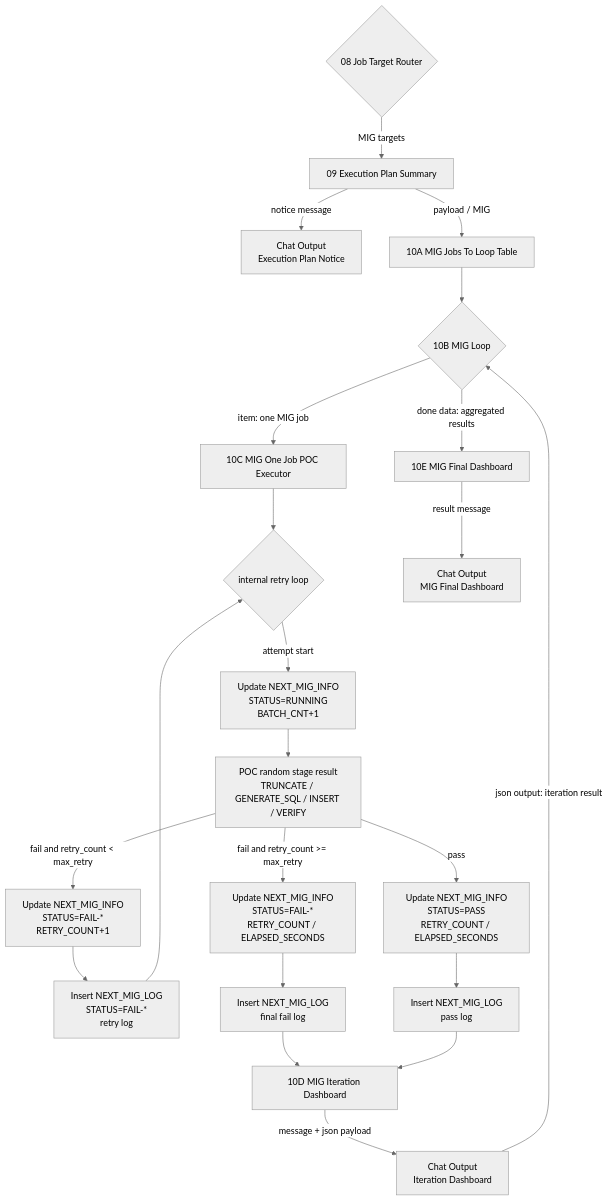
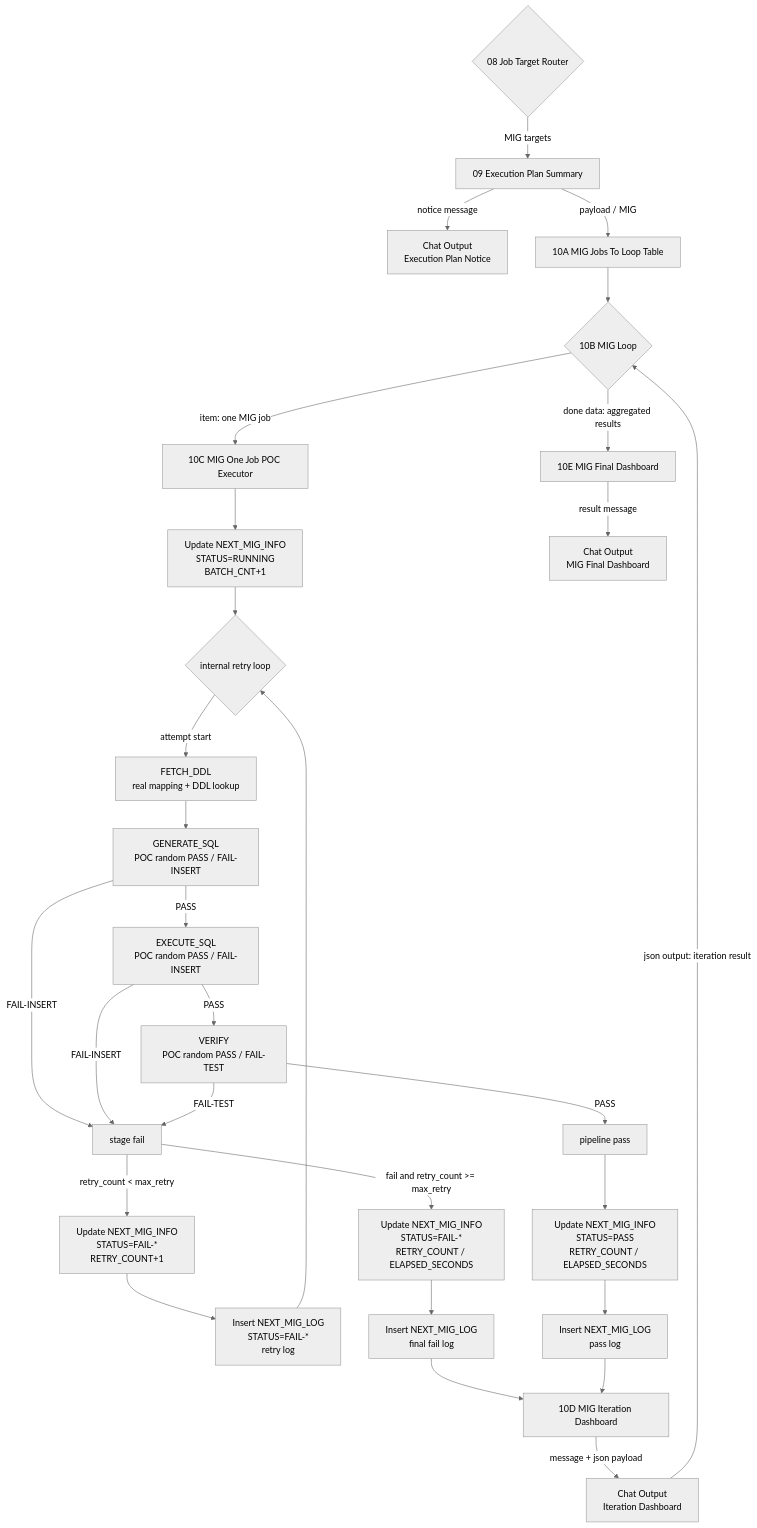
One commit to seongikjin227-jpg/refactoring_smartMigrate changed the second of 2 diagrams in langflow_260819_newType/00_architecture.md. Above: the diagram before and after it, drawn with Mermaid (neutral theme). The commit also changed other lines of this file and 4 other files, not shown here.

````diff
--- a/langflow_260819_newType/00_architecture.md
+++ b/langflow_260819_newType/00_architecture.md
@@ -149,32 +149,40 @@
 ```mermaid
 flowchart TD
     H{"08 Job Target Router"} -->|MIG targets| P["09 Execution Plan Summary"]
     P -->|notice message| OUT_NOTICE["Chat Output<br/>Execution Plan Notice"]
     P -->|payload / MIG| MT["10A MIG Jobs To Loop Table"]
 
     MT --> L{"10B MIG Loop"}
 
     L -->|item: one MIG job| W["10C MIG One Job POC Executor"]
-    W --> R{"internal retry loop"}
+    W --> U1["Update NEXT_MIG_INFO<br/>STATUS=RUNNING<br/>BATCH_CNT+1"]
+    U1 --> R{"internal retry loop"}
 
-    R -->|attempt start| U1["Update NEXT_MIG_INFO<br/>STATUS=RUNNING<br/>BATCH_CNT+1"]
-    U1 --> X["POC random stage result<br/>TRUNCATE / GENERATE_SQL / INSERT / VERIFY"]
-    X -->|fail and retry_count < max_retry| U2["Update NEXT_MIG_INFO<br/>STATUS=FAIL-*<br/>RETRY_COUNT+1"]
+    R -->|attempt start| F["FETCH_DDL<br/>real mapping + DDL lookup"]
+    F --> G["GENERATE_SQL<br/>POC random PASS / FAIL-INSERT"]
+    G -->|PASS| E["EXECUTE_SQL<br/>POC random PASS / FAIL-INSERT"]
+    E -->|PASS| V["VERIFY<br/>POC random PASS / FAIL-TEST"]
+    G -->|FAIL-INSERT| X["stage fail"]
+    E -->|FAIL-INSERT| X
+    V -->|FAIL-TEST| X
+    V -->|PASS| OK["pipeline pass"]
+
+    X -->|retry_count < max_retry| U2["Update NEXT_MIG_INFO<br/>STATUS=FAIL-*<br/>RETRY_COUNT+1"]
     U2 --> LOGR["Insert NEXT_MIG_LOG<br/>STATUS=FAIL-*<br/>retry log"]
     LOGR --> R
 
     X -->|fail and retry_count >= max_retry| U3["Update NEXT_MIG_INFO<br/>STATUS=FAIL-*<br/>RETRY_COUNT / ELAPSED_SECONDS"]
-    X -->|pass| U4["Update NEXT_MIG_INFO<br/>STATUS=PASS<br/>RETRY_COUNT / ELAPSED_SECONDS"]
+    OK --> U4["Update NEXT_MIG_INFO<br/>STATUS=PASS<br/>RETRY_COUNT / ELAPSED_SECONDS"]
 
     U3 --> LOGF["Insert NEXT_MIG_LOG<br/>final fail log"]
     U4 --> LOGP["Insert NEXT_MIG_LOG<br/>pass log"]
 
     LOGF --> D["10D MIG Iteration Dashboard"]
     LOGP --> D
 
     D -->|message + json payload| OUT_ITER["Chat Output<br/>Iteration Dashboard"]
     OUT_ITER -->|json output: iteration result| L
 
     L -->|done data: aggregated results| S["10E MIG Final Dashboard"]
     S -->|result message| OUT_FINAL["Chat Output<br/>MIG Final Dashboard"]
 ```
````
